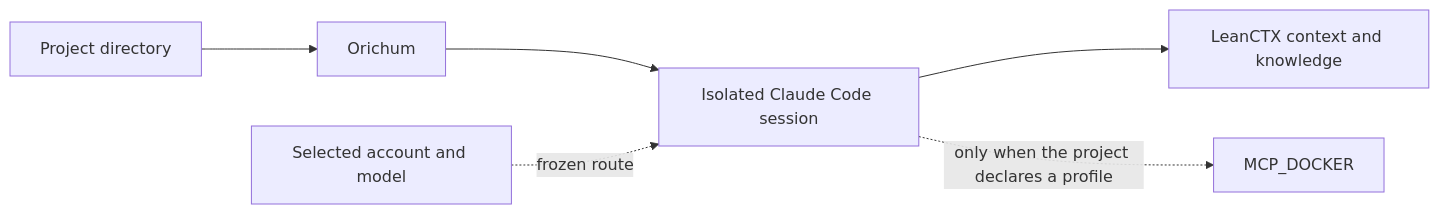
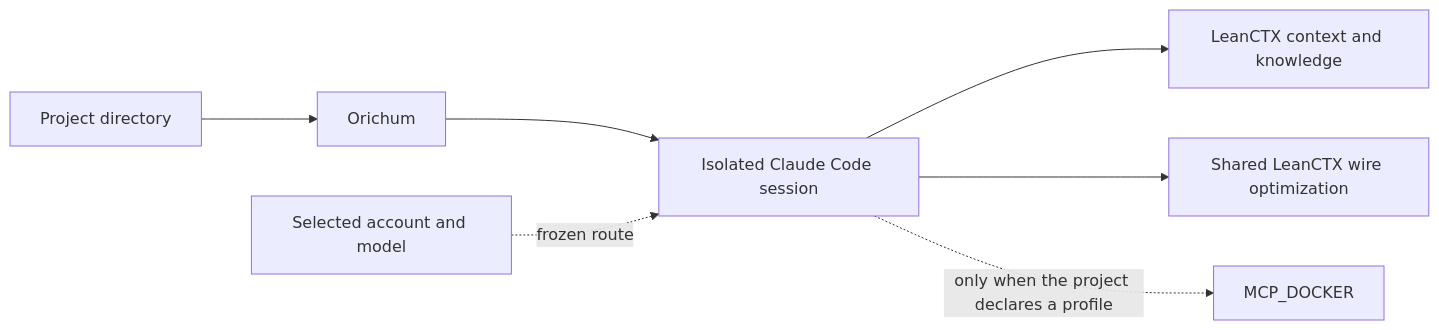
Before and after one commit to orichum/claudex-workflow: the diagram in README.md, drawn with Mermaid. The commit also changed other lines of this file and 30 other files, not shown here.

Commit message:
Add shared LeanCTX request compression

````diff
--- a/README.md
+++ b/README.md
@@ -220,8 +222,9 @@
 ```mermaid
 flowchart LR
     P["Project directory"] --> O["Orichum"]
     O --> S["Isolated Claude Code session"]
     M["Selected account and model"] -. "frozen route" .-> S
     S --> L["LeanCTX context and knowledge"]
+    S --> W["Shared LeanCTX wire optimization"]
     S -. "only when the project declares a profile" .-> D["MCP_DOCKER"]
 ```
````
